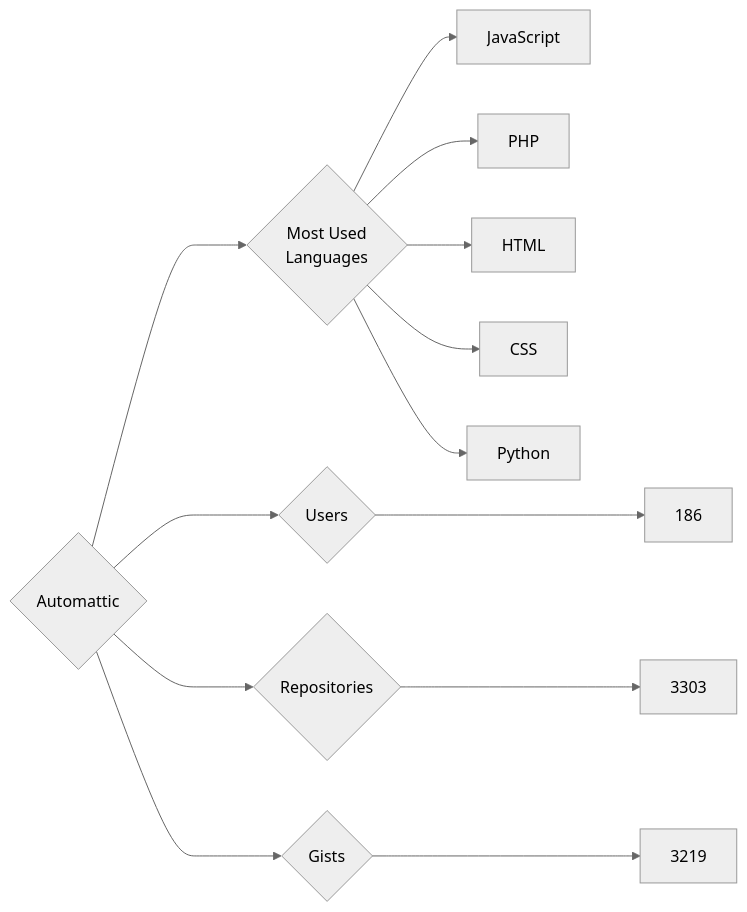
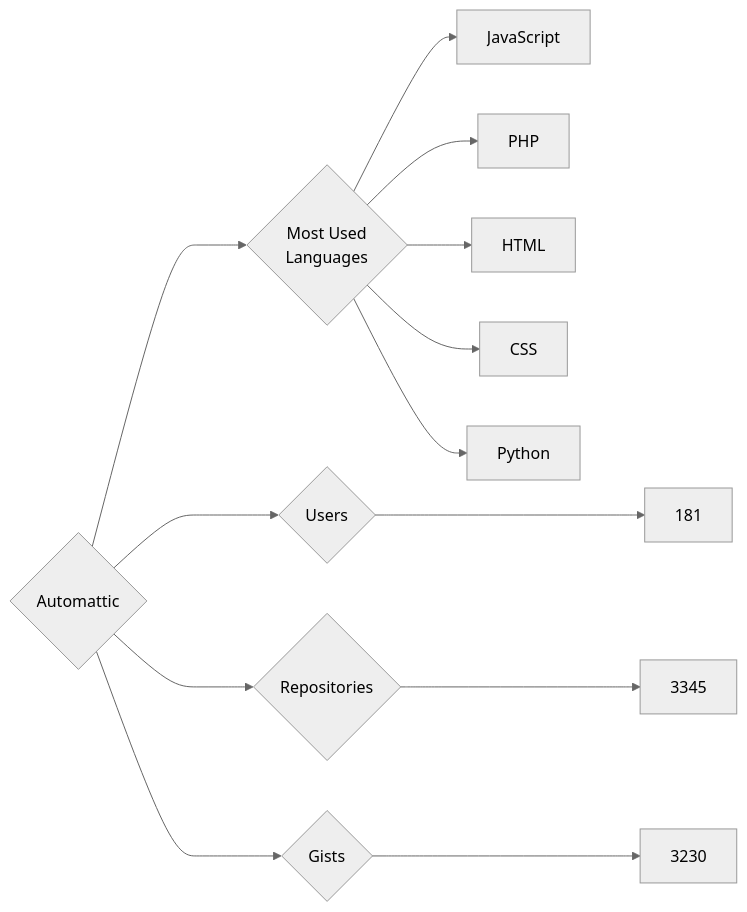
One commit to trickest/insiders changed the diagram in targets/Automattic/README.md. Above: the diagram before and after it, drawn with Mermaid (neutral theme). The commit also changed 1238 other files, not shown here.

````diff
--- a/targets/Automattic/README.md
+++ b/targets/Automattic/README.md
@@ -3,13 +3,13 @@
 ```mermaid
 graph LR
 COMPANY_NAME{Automattic}
-COMPANY_NAME ---> U{Users} ---> UN[186]
-COMPANY_NAME ---> R{Repositories} ---> RN[3303]
-COMPANY_NAME ---> G{Gists} ---> GN[3219]
+COMPANY_NAME ---> U{Users} ---> UN[181]
+COMPANY_NAME ---> R{Repositories} ---> RN[3345]
+COMPANY_NAME ---> G{Gists} ---> GN[3230]
 COMPANY_NAME ---> ML{Most Used<br>Languages}
 ML --> JavaScript[JavaScript]
 ML --> PHP[PHP]
 ML --> HTML[HTML]
 ML --> CSS[CSS]
 ML --> Python[Python]
 ```
````
